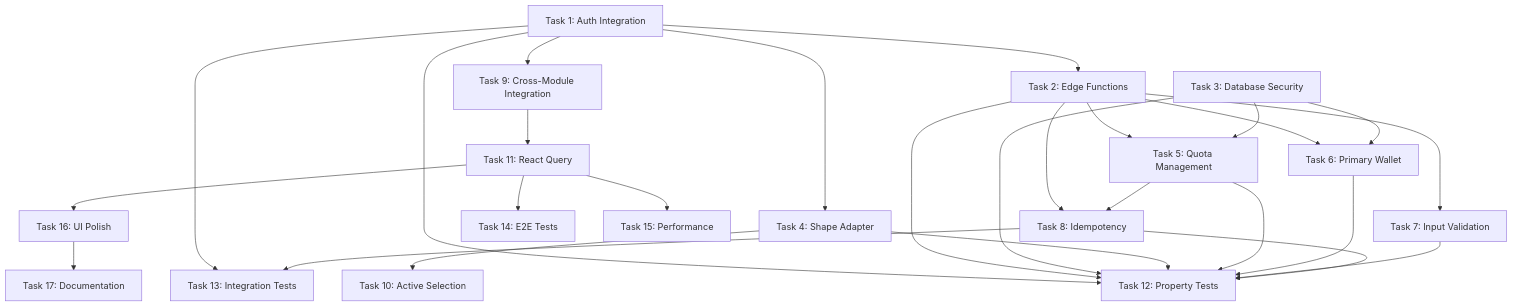
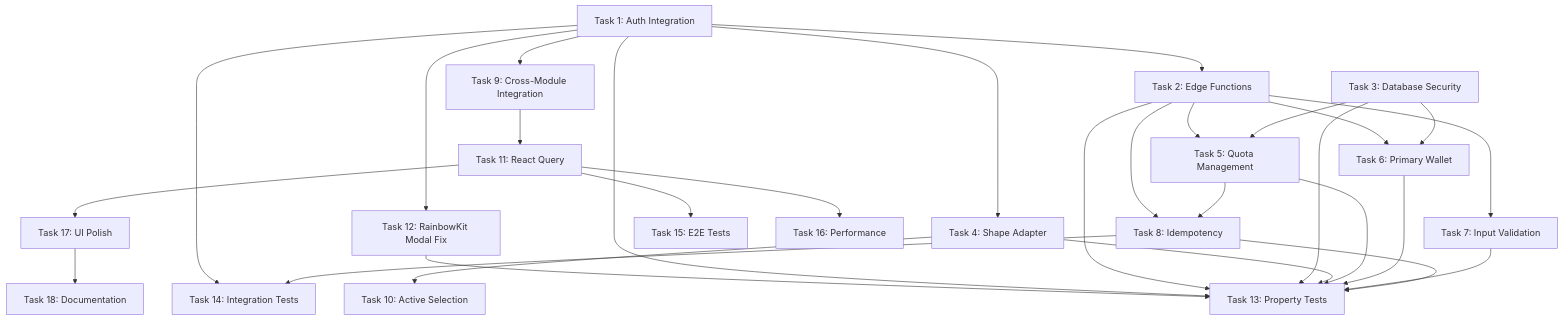
The diagram in .kiro/specs/multi-chain-wallet-system/tasks.md (meghal86/smart-stake), drawn with Mermaid before and after one commit. The commit also changed other lines of this file and 64 other files, not shown here.

````diff
--- a/.kiro/specs/multi-chain-wallet-system/tasks.md
+++ b/.kiro/specs/multi-chain-wallet-system/tasks.md
@@ -779,39 +921,41 @@
 ```mermaid
 graph TD
     T1[Task 1: Auth Integration] --> T2[Task 2: Edge Functions]
     T1 --> T4[Task 4: Shape Adapter]
     T1 --> T9[Task 9: Cross-Module Integration]
+    T1 --> T12[Task 12: RainbowKit Modal Fix]
     
     T2 --> T5[Task 5: Quota Management]
     T2 --> T6[Task 6: Primary Wallet]
     T2 --> T7[Task 7: Input Validation]
     T2 --> T8[Task 8: Idempotency]
     
     T3[Task 3: Database Security] --> T5
     T3 --> T6
     
     T4 --> T10[Task 10: Active Selection]
     
     T5 --> T8
     
     T9 --> T11[Task 11: React Query]
     
-    T1 --> T12[Task 12: Property Tests]
-    T2 --> T12
-    T3 --> T12
-    T4 --> T12
-    T5 --> T12
-    T6 --> T12
-    T7 --> T12
-    T8 --> T12
-    
-    T1 --> T13[Task 13: Integration Tests]
+    T12 --> T13[Task 13: Property Tests]
+    T1 --> T13
+    T2 --> T13
+    T3 --> T13
+    T4 --> T13
+    T5 --> T13
+    T6 --> T13
+    T7 --> T13
     T8 --> T13
     
-    T11 --> T14[Task 14: E2E Tests]
+    T1 --> T14[Task 14: Integration Tests]
+    T8 --> T14
     
-    T11 --> T15[Task 15: Performance]
-    T11 --> T16[Task 16: UI Polish]
+    T11 --> T15[Task 15: E2E Tests]
     
-    T16 --> T17[Task 17: Documentation]
+    T11 --> T16[Task 16: Performance]
+    T11 --> T17[Task 17: UI Polish]
+    
+    T17 --> T18[Task 18: Documentation]
 ```
````
